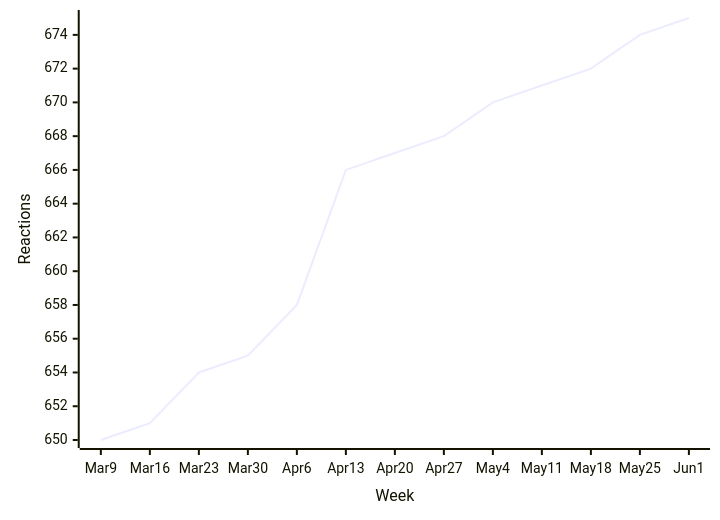
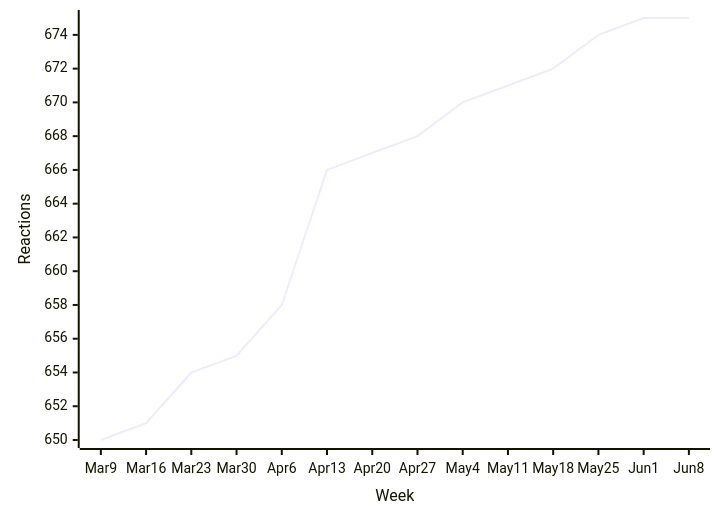
The fourth of 44 diagrams in README.md (loic-sharma/github-insights), drawn with Mermaid before and after one commit. The commit also changed other lines of this file and 3 other files, not shown here.

````diff
--- a/README.md
+++ b/README.md
@@ -390,6 +390,6 @@
   ```mermaid
   xychart-beta
-    x-axis "Week" [Mar 9, Mar 16, Mar 23, Mar 30, Apr 6, Apr 13, Apr 20, Apr 27, May 4, May 11, May 18, May 25, Jun 1]
+    x-axis "Week" [Mar 9, Mar 16, Mar 23, Mar 30, Apr 6, Apr 13, Apr 20, Apr 27, May 4, May 11, May 18, May 25, Jun 1, Jun 8]
     y-axis "Reactions"
-    line [650, 651, 654, 655, 658, 666, 667, 668, 670, 671, 672, 674, 675]
+    line [650, 651, 654, 655, 658, 666, 667, 668, 670, 671, 672, 674, 675, 675]
   ```
````
